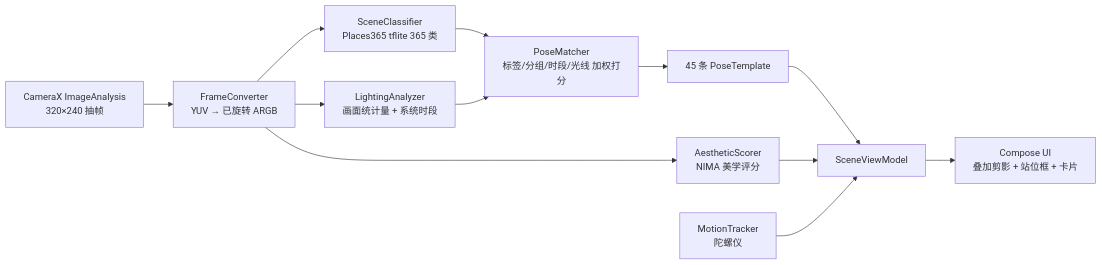
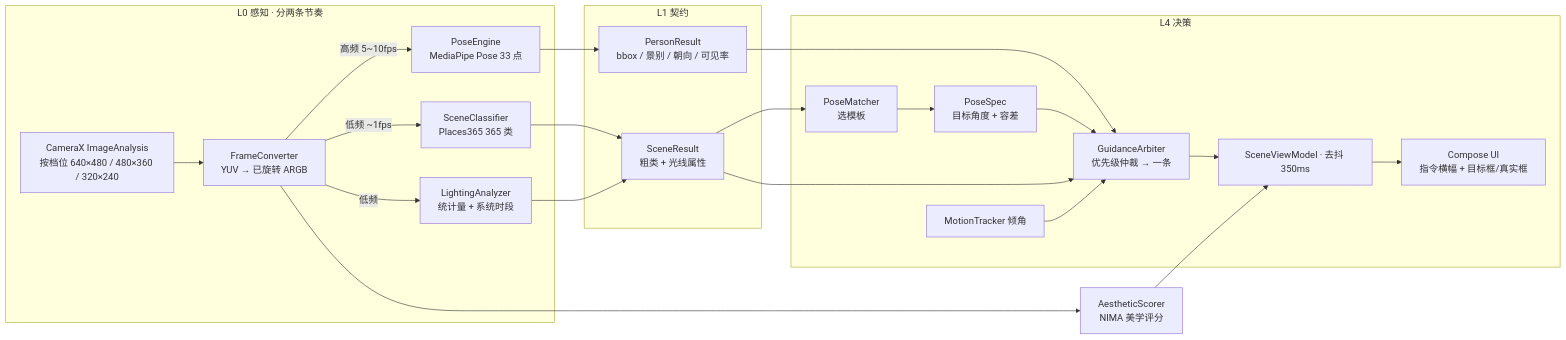
One commit to pelico/aicamera changed the diagram in README.md. Above: the diagram before and after it, drawn with Mermaid. The commit also changed other lines of this file and 8 other files, not shown here.

````diff
--- a/README.md
+++ b/README.md
@@ -75,14 +83,26 @@
 ```mermaid
 flowchart LR
-    A[CameraX ImageAnalysis<br/>320×240 抽帧] --> B[FrameConverter<br/>YUV → 已旋转 ARGB]
-    B --> C[SceneClassifier<br/>Places365 tflite 365 类]
-    B --> D[LightingAnalyzer<br/>画面统计量 + 系统时段]
-    C --> E[PoseMatcher<br/>标签/分组/时段/光线 加权打分]
-    D --> E
-    E --> F[45 条 PoseTemplate]
-    F --> G[SceneViewModel]
-    G --> H[Compose UI<br/>叠加剪影 + 站位框 + 卡片]
+    subgraph L0[L0 感知 · 分两条节奏]
+        A[CameraX ImageAnalysis<br/>按档位 640×480 / 480×360 / 320×240] --> B[FrameConverter<br/>YUV → 已旋转 ARGB]
+        B -->|低频 ~1fps| C[SceneClassifier<br/>Places365 365 类]
+        B -->|低频| D[LightingAnalyzer<br/>统计量 + 系统时段]
+        B -->|高频 5~10fps| P[PoseEngine<br/>MediaPipe Pose 33 点]
+    end
+    subgraph L1[L1 契约]
+        C --> S[SceneResult<br/>粗类 + 光线属性]
+        D --> S
+        P --> R[PersonResult<br/>bbox / 景别 / 朝向 / 可见率]
+    end
+    subgraph L4[L4 决策]
+        S --> M[PoseMatcher<br/>选模板]
+        M --> N[PoseSpec<br/>目标角度 + 容差]
+        R --> O[GuidanceArbiter<br/>优先级仲裁 → 一条]
+        N --> O
+        S --> O
+        T[MotionTracker 倾角] --> O
+        O --> V[SceneViewModel · 去抖 350ms]
+        V --> W[Compose UI<br/>指令横幅 + 目标框/真实框]
+    end
     B --> I[AestheticScorer<br/>NIMA 美学评分]
-    I --> G
-    J[MotionTracker<br/>陀螺仪] --> G
+    I --> V
 ```
````
